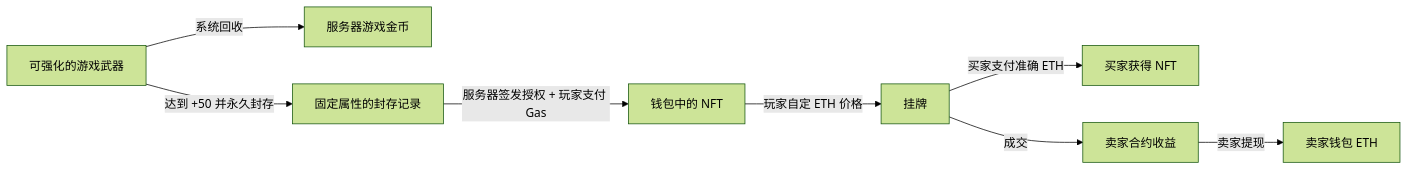
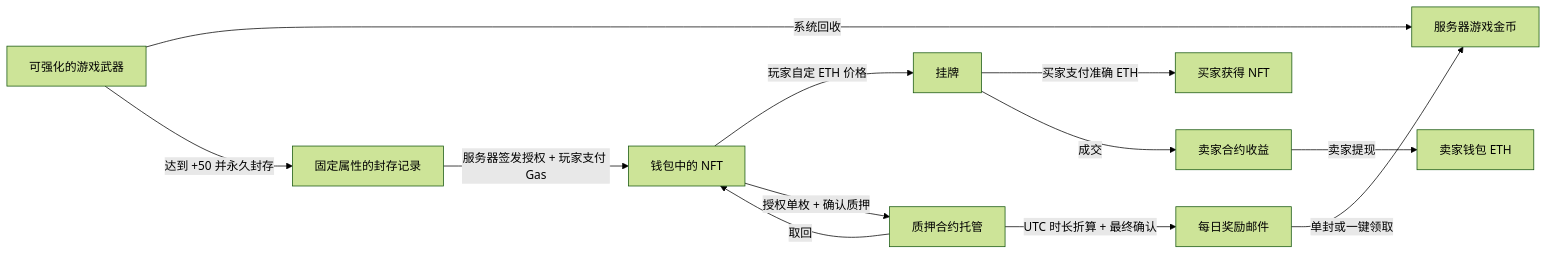
The diagram in README.md (ssy1245/DApp-ForgeOfFate), drawn with Mermaid (forest theme) before and after one commit. The commit also changed other lines of this file and 20 other files, not shown here.

````diff
--- a/README.md
+++ b/README.md
@@ -194,10 +228,14 @@
 ```mermaid
 flowchart LR
     A[可强化的游戏武器] -->|系统回收| B[服务器游戏金币]
     A -->|达到 +50 并永久封存| C[固定属性的封存记录]
     C -->|服务器签发授权 + 玩家支付 Gas| D[钱包中的 NFT]
     D -->|玩家自定 ETH 价格| E[挂牌]
     E -->|买家支付准确 ETH| F[买家获得 NFT]
     E -->|成交| G[卖家合约收益]
     G -->|卖家提现| H[卖家钱包 ETH]
+    D -->|授权单枚 + 确认质押| I[质押合约托管]
+    I -->|UTC 时长折算 + 最终确认| J[每日奖励邮件]
+    J -->|单封或一键领取| B
+    I -->|取回| D
 ```
````
